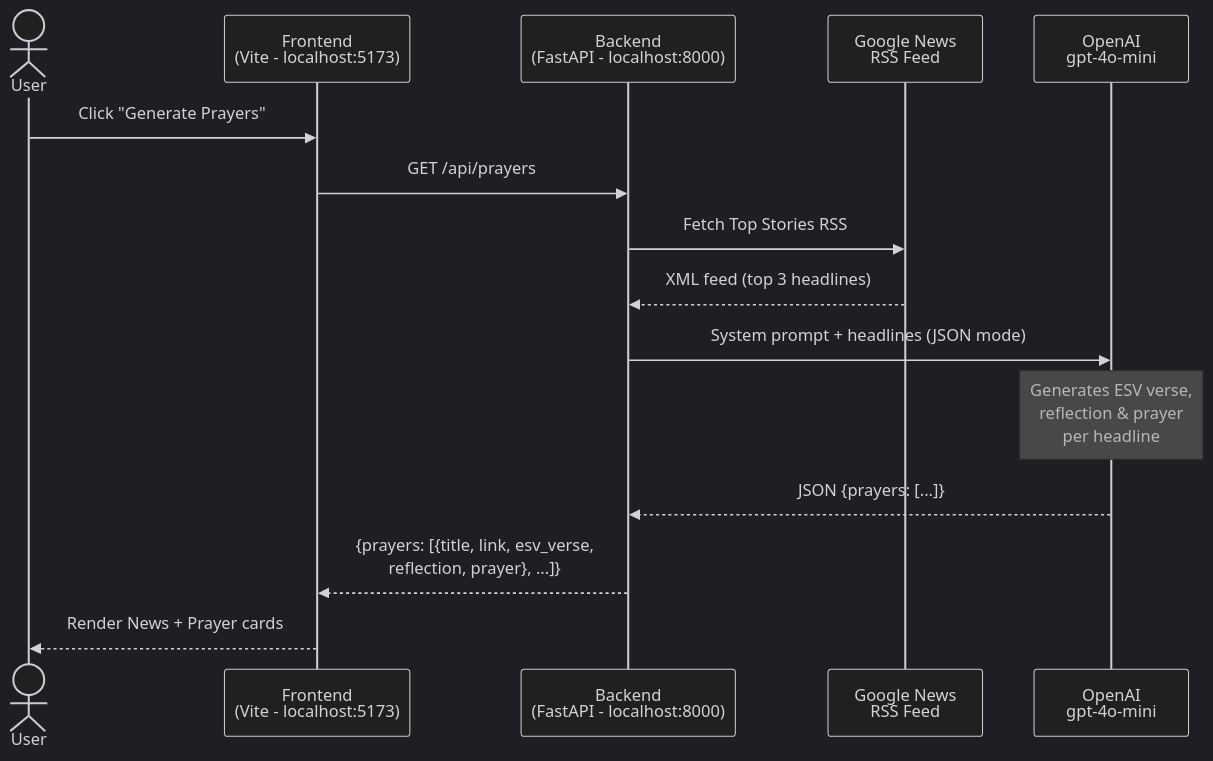
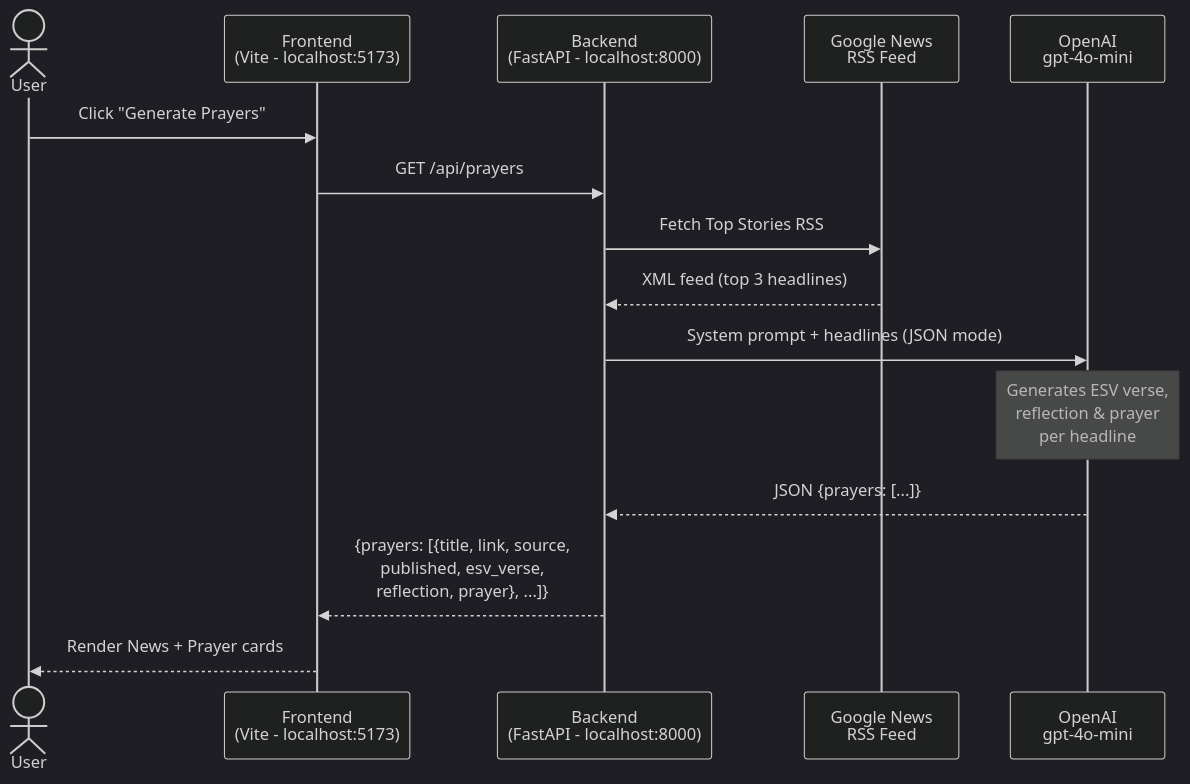
The diagram in README.md (m2web/intercede), drawn with Mermaid (dark theme) before and after one commit. The commit also changed other lines of this file, not shown here.

First line of the commit message:
📝 docs: rewrite README with full setup, architecture, and API docs

````diff
--- a/README.md
+++ b/README.md
@@ -12,18 +12,18 @@
 ```mermaid
 sequenceDiagram
     actor User
     participant FE as Frontend<br/>(Vite - localhost:5173)
     participant BE as Backend<br/>(FastAPI - localhost:8000)
     participant RSS as Google News<br/>RSS Feed
     participant AI as OpenAI<br/>gpt-4o-mini
 
     User->>FE: Click "Generate Prayers"
     FE->>BE: GET /api/prayers
     BE->>RSS: Fetch Top Stories RSS
     RSS-->>BE: XML feed (top 3 headlines)
     BE->>AI: System prompt + headlines (JSON mode)
     Note over AI: Generates ESV verse,<br/>reflection & prayer<br/>per headline
     AI-->>BE: JSON {prayers: [...]}
-    BE-->>FE: {prayers: [{title, link, esv_verse,<br/>reflection, prayer}, ...]}
+    BE-->>FE: {prayers: [{title, link, source,<br/>published, esv_verse,<br/>reflection, prayer}, ...]}
     FE-->>User: Render News + Prayer cards
 ```
````
